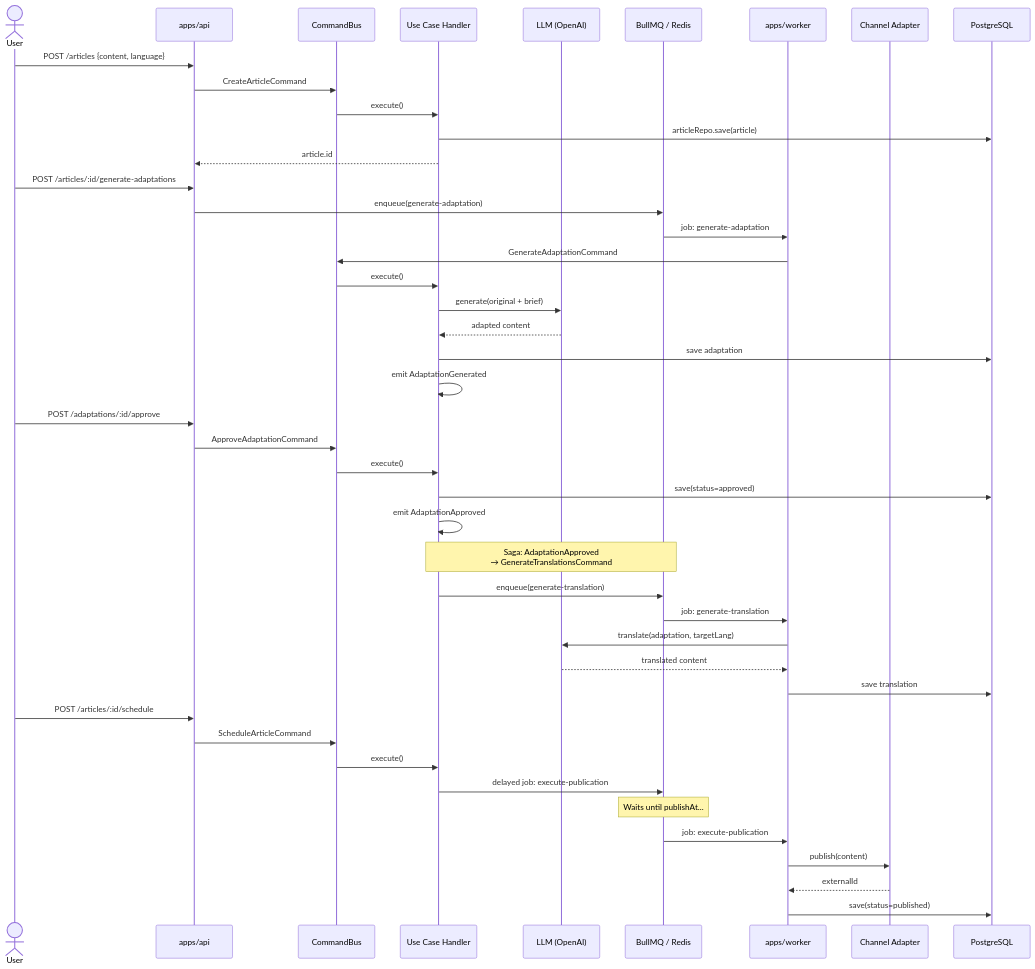
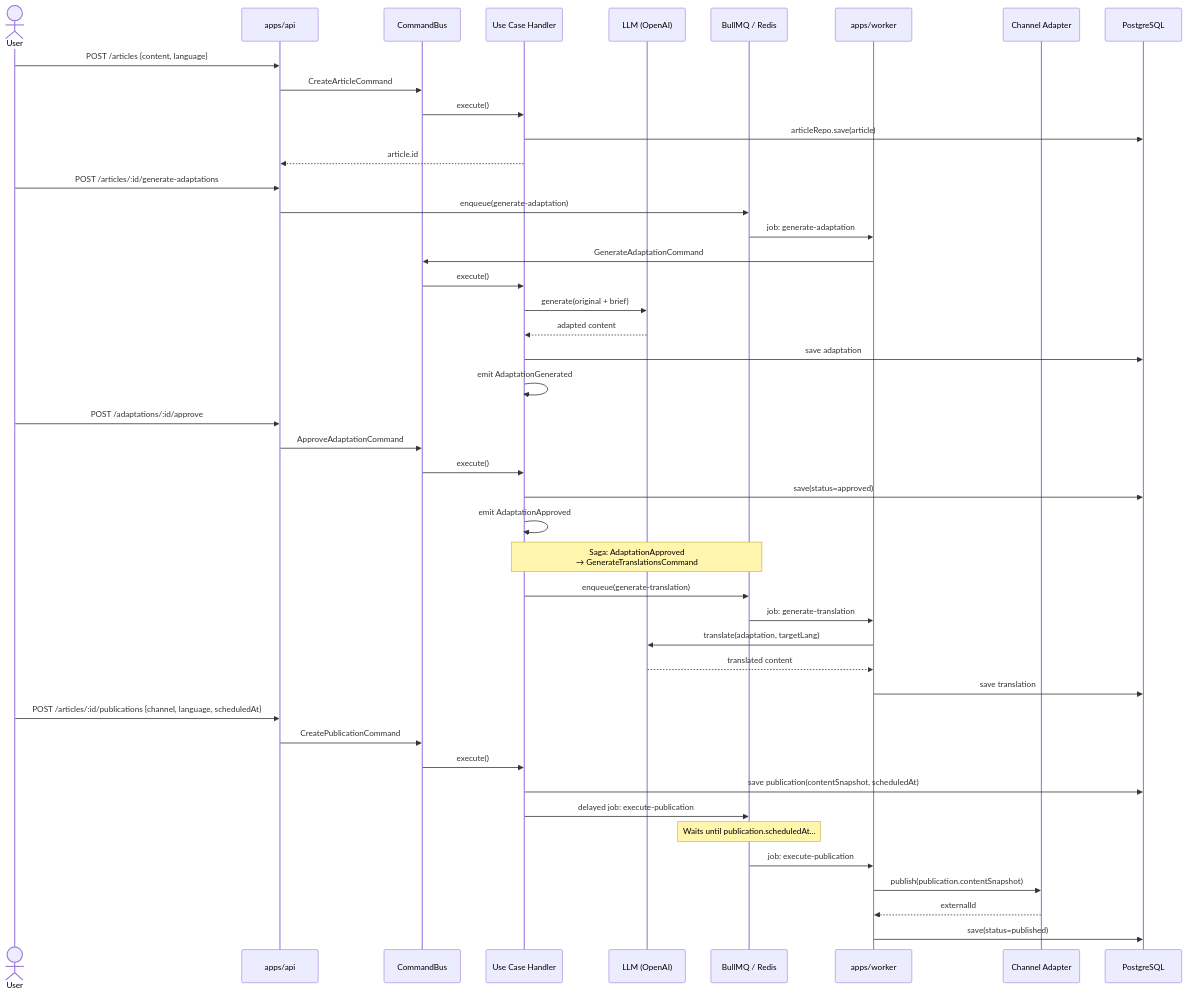
Before and after one commit to GregoryGromov/MarketingService: the fifth of 8 diagrams in docs/DIAGRAMS.md, drawn with Mermaid. The commit also changed other lines of this file and 262 other files, not shown here.

````diff
--- a/docs/DIAGRAMS.md
+++ b/docs/DIAGRAMS.md
@@ -169,55 +169,56 @@
 ```mermaid
 sequenceDiagram
     actor User
     participant API as apps/api
     participant CmdBus as CommandBus
     participant Handler as Use Case Handler
     participant LLM as LLM (OpenAI)
     participant Queue as BullMQ / Redis
     participant Worker as apps/worker
     participant Channel as Channel Adapter
     participant DB as PostgreSQL
 
     User->>API: POST /articles {content, language}
     API->>CmdBus: CreateArticleCommand
     CmdBus->>Handler: execute()
     Handler->>DB: articleRepo.save(article)
     Handler-->>API: article.id
 
     User->>API: POST /articles/:id/generate-adaptations
     API->>Queue: enqueue(generate-adaptation)
 
     Queue->>Worker: job: generate-adaptation
     Worker->>CmdBus: GenerateAdaptationCommand
     CmdBus->>Handler: execute()
     Handler->>LLM: generate(original + brief)
     LLM-->>Handler: adapted content
     Handler->>DB: save adaptation
     Handler->>Handler: emit AdaptationGenerated
 
     User->>API: POST /adaptations/:id/approve
     API->>CmdBus: ApproveAdaptationCommand
     CmdBus->>Handler: execute()
     Handler->>DB: save(status=approved)
     Handler->>Handler: emit AdaptationApproved
 
     Note over Handler,Queue: Saga: AdaptationApproved<br/>→ GenerateTranslationsCommand
 
     Handler->>Queue: enqueue(generate-translation)
     Queue->>Worker: job: generate-translation
     Worker->>LLM: translate(adaptation, targetLang)
     LLM-->>Worker: translated content
     Worker->>DB: save translation
 
-    User->>API: POST /articles/:id/schedule
-    API->>CmdBus: ScheduleArticleCommand
+    User->>API: POST /articles/:id/publications {channel, language, scheduledAt}
+    API->>CmdBus: CreatePublicationCommand
     CmdBus->>Handler: execute()
+    Handler->>DB: save publication(contentSnapshot, scheduledAt)
     Handler->>Queue: delayed job: execute-publication
 
-    Note over Queue: Waits until publishAt...
+    Note over Queue: Waits until publication.scheduledAt...
 
     Queue->>Worker: job: execute-publication
-    Worker->>Channel: publish(content)
+    Worker->>Channel: publish(publication.contentSnapshot)
     Channel-->>Worker: externalId
     Worker->>DB: save(status=published)
 ```
````
